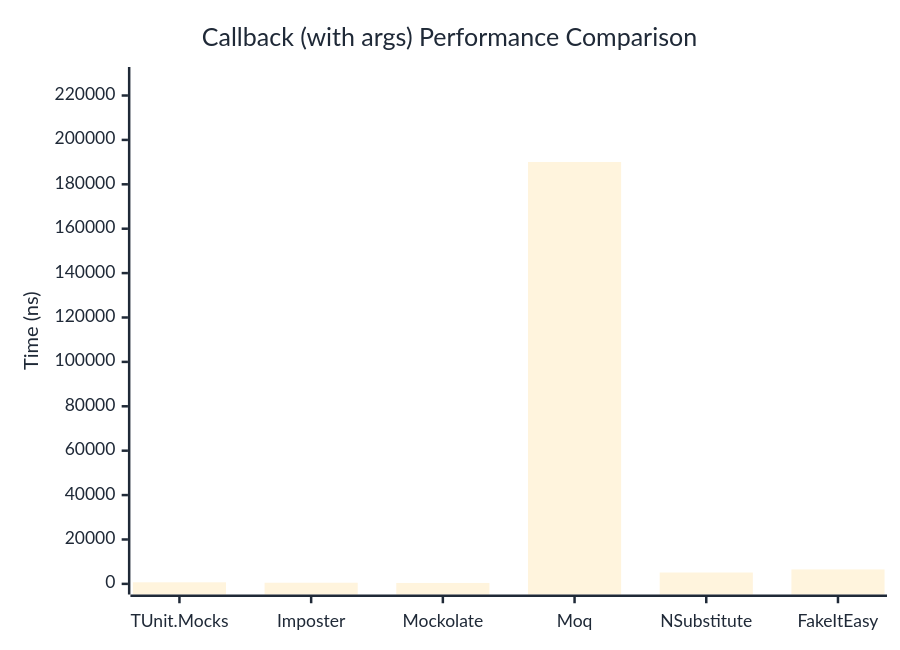
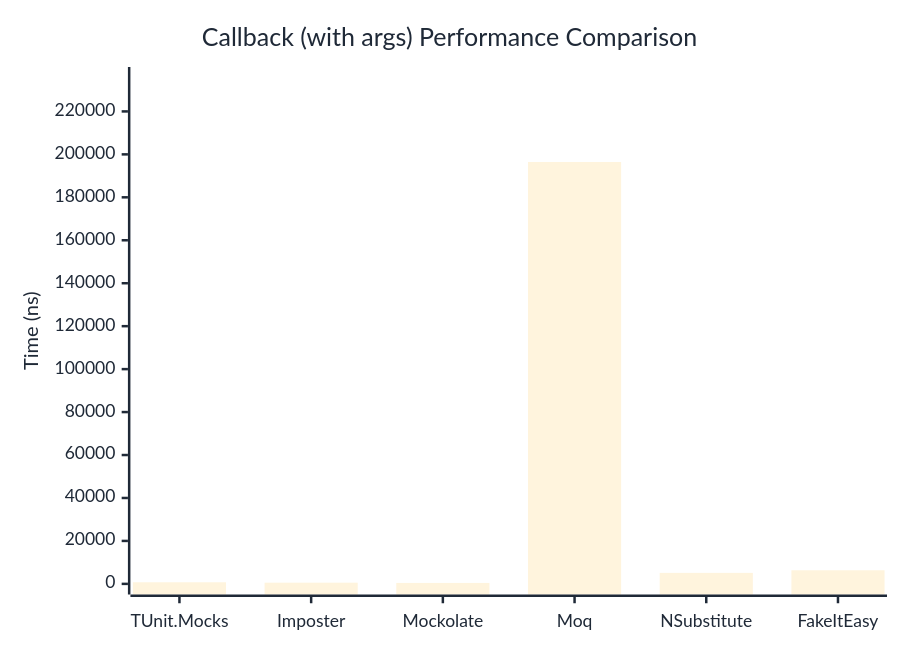
Before and after one commit to thomhurst/TUnit: the second of 2 diagrams in docs/docs/benchmarks/mocks/Callback.md, drawn with Mermaid. The commit also changed other lines of this file and 14 other files, not shown here.

````diff
--- a/docs/docs/benchmarks/mocks/Callback.md
+++ b/docs/docs/benchmarks/mocks/Callback.md
@@ -69,27 +69,27 @@
 ```mermaid
 %%{init: {
   'theme':'base',
   'themeVariables': {
     'primaryColor': '#2563eb',
     'primaryTextColor': '#1f2937',
     'primaryBorderColor': '#1e40af',
     'lineColor': '#6b7280',
     'secondaryColor': '#7c3aed',
     'tertiaryColor': '#dc2626',
     'background': '#ffffff',
     'pie1': '#2563eb',
     'pie2': '#7c3aed',
     'pie3': '#dc2626',
     'pie4': '#f59e0b',
     'pie5': '#10b981',
     'pie6': '#06b6d4',
     'pie7': '#ec4899',
     'pie8': '#6366f1'
   }
 }}%%
 xychart-beta
   title "Callback (with args) Performance Comparison"
   x-axis ["TUnit.Mocks", "Imposter", "Mockolate", "Moq", "NSubstitute", "FakeItEasy"]
-  y-axis "Time (ns)" 0 --> 228058
-  bar [708.9, 515.8, 407, 190047.9, 5119.8, 6508.2]
+  y-axis "Time (ns)" 0 --> 235736
+  bar [743.5, 556.4, 439.4, 196446, 5126.1, 6338.6]
 ```
````
